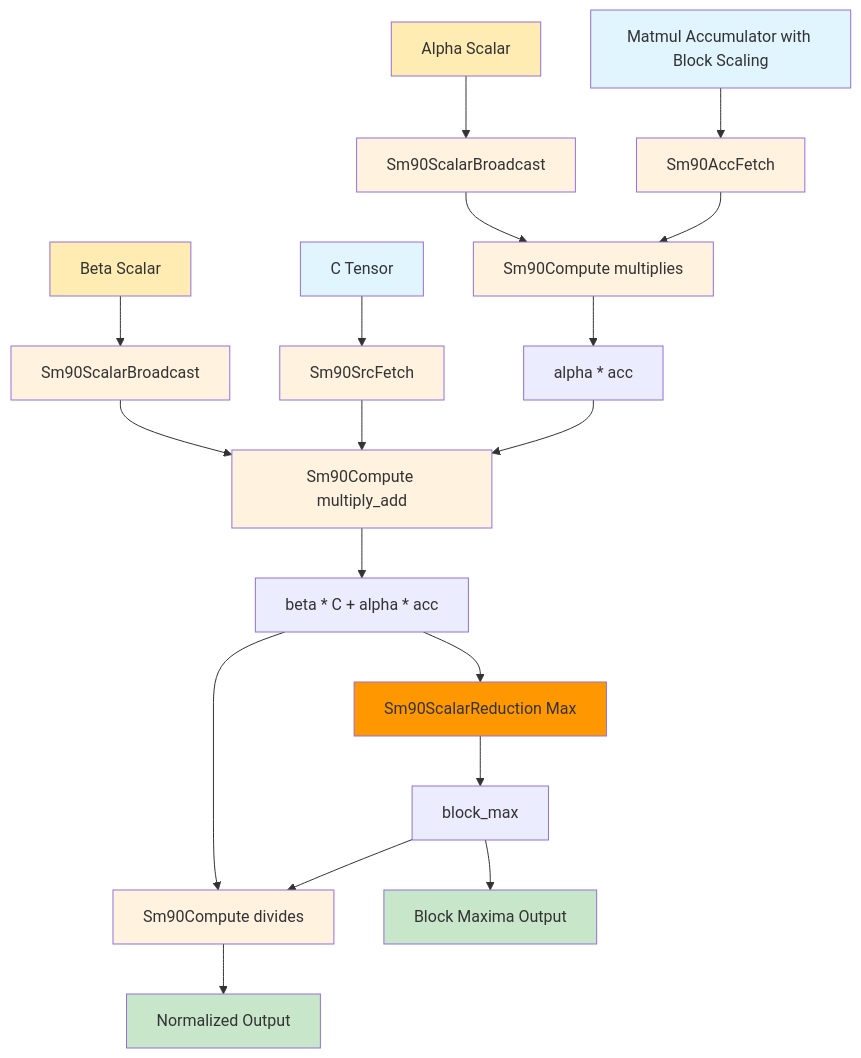
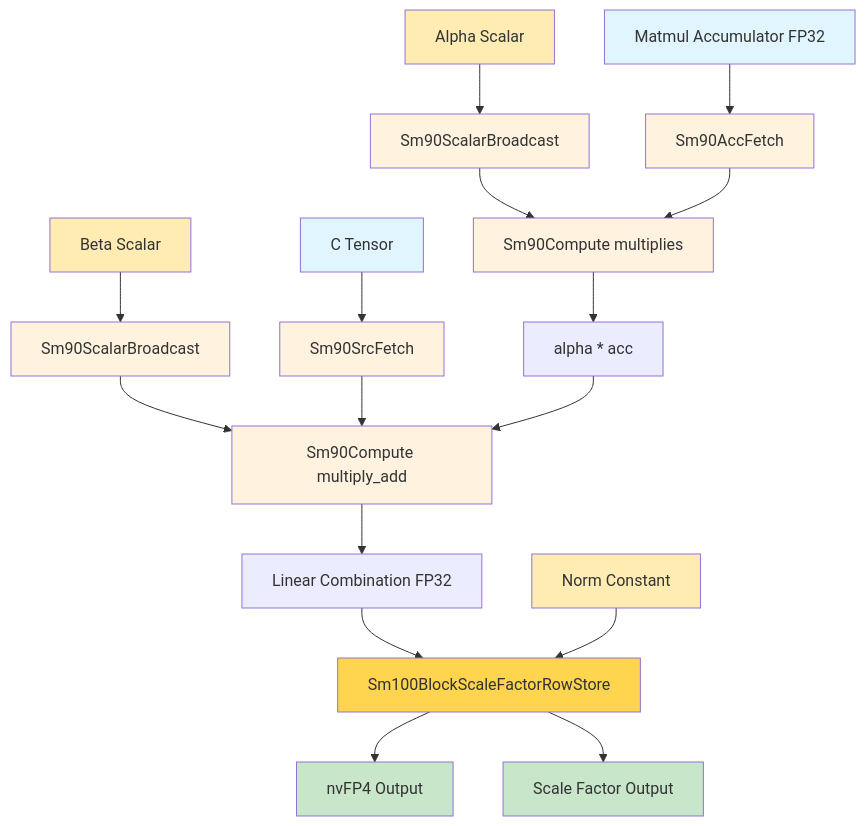
Before and after one commit to jacobhinkle/cutlass: the eighth of 8 diagrams in NVFuserEVTTranslation.md, drawn with Mermaid. The commit also changed other lines of this file, not shown here.

First line of the commit message:
[AI] Revise Section 4.4 nvFP4 Block Scaling for accuracy

````diff
--- a/NVFuserEVTTranslation.md
+++ b/NVFuserEVTTranslation.md
@@ -746,35 +731,33 @@
 ```mermaid
 graph TD
-    A[Matmul Accumulator with Block Scaling] --> B[Sm90AccFetch]
+    A[Matmul Accumulator FP32] --> B[Sm90AccFetch]
     C[Alpha Scalar] --> D[Sm90ScalarBroadcast]
     D --> E[Sm90Compute multiplies]
     B --> E
     E --> F[alpha * acc]
     G[Beta Scalar] --> H[Sm90ScalarBroadcast]
     H --> I[Sm90Compute multiply_add]
     J[C Tensor] --> K[Sm90SrcFetch]
     K --> I
     F --> I
-    I --> L[beta * C + alpha * acc]
-    L --> M[Sm90ScalarReduction Max]
-    M --> N[block_max]
-    L --> O[Sm90Compute divides]
-    N --> O
-    O --> P[Normalized Output]
-    N --> Q[Block Maxima Output]
+    I --> L[Linear Combination FP32]
+    L --> M[Sm100BlockScaleFactorRowStore]
+    M --> N[nvFP4 Output]
+    M --> O[Scale Factor Output]
+    P[Norm Constant] --> M
     
     style A fill:#e1f5fe
     style C fill:#ffecb3
     style G fill:#ffecb3
     style J fill:#e1f5fe
-    style P fill:#c8e6c9
-    style Q fill:#c8e6c9
+    style P fill:#ffecb3
+    style N fill:#c8e6c9
+    style O fill:#c8e6c9
     style B fill:#fff3e0
     style D fill:#fff3e0
     style E fill:#fff3e0
     style H fill:#fff3e0
     style I fill:#fff3e0
     style K fill:#fff3e0
-    style M fill:#ff9800
-    style O fill:#fff3e0
+    style M fill:#ffd54f
 ```
````
